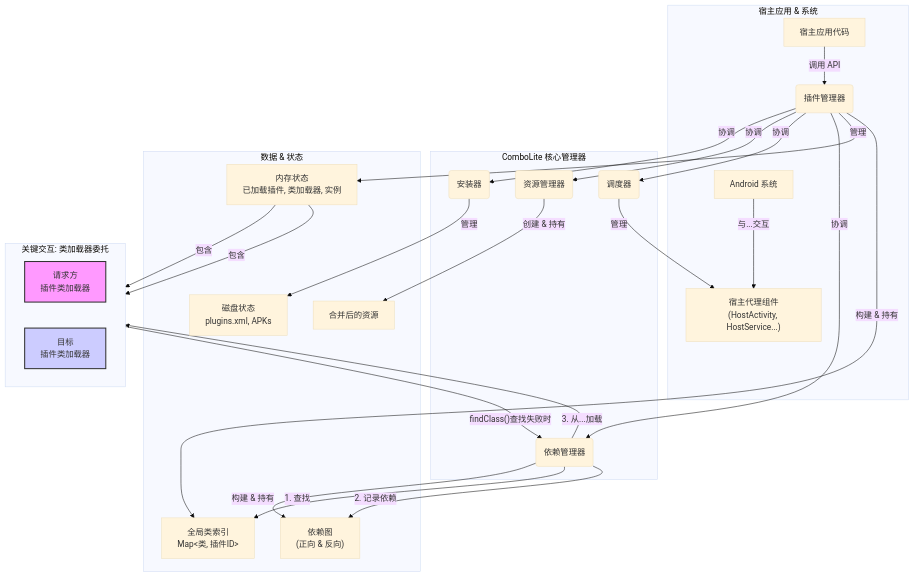
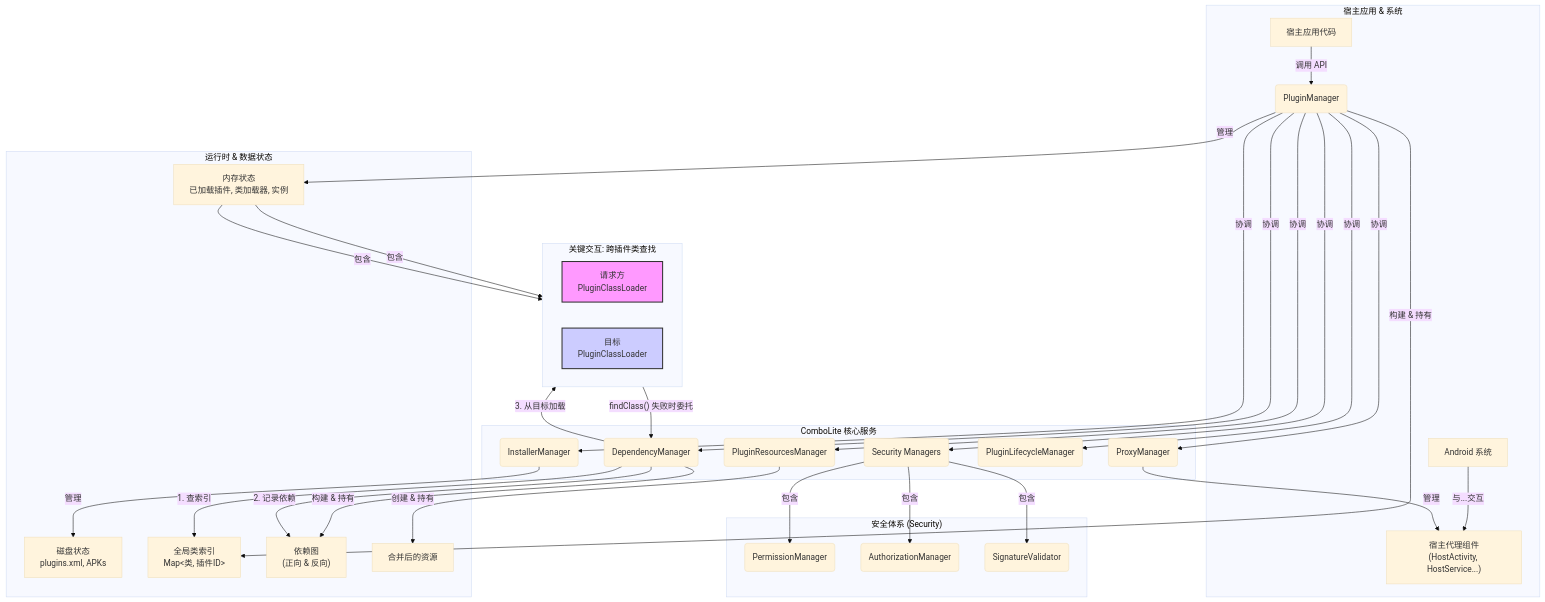
The second of 2 diagrams in README.md (VpJokor/ComboLite), drawn with Mermaid (base theme) before and after one commit. The commit also changed other lines of this file and 8 other files, not shown here.

`````diff
--- a/README.md
+++ b/README.md
@@ -120,45 +140,52 @@
 ```mermaid
 graph TD
     subgraph "宿主应用 & 系统"
-        HostApp[宿主应用代码] -- 调用 API --> PM(插件管理器)
+        HostApp[宿主应用代码] -- 调用 API --> PM(PluginManager)
         AndroidSystem[Android 系统] -- 与...交互 --> HostProxies["宿主代理组件<br>(HostActivity, HostService...)"]
     end
 
-    subgraph "ComboLite 核心管理器"
-        PM -- 协调 --> IM(安装器)
-        PM -- 协调 --> RM(资源管理器)
-        PM -- 协调 --> ProxyM(调度器)
-        PM -- 协调 --> DM(依赖管理器)
+    subgraph "ComboLite 核心服务"
+        PM -- 协调 --> Installer(InstallerManager)
+        PM -- 协调 --> ResManager(PluginResourcesManager)
+        PM -- 协调 --> ProxyM(ProxyManager)
+        PM -- 协调 --> DepManager(DependencyManager)
+        PM -- 协调 --> Lifecycle(PluginLifecycleManager)
+        PM -- 协调 --> Security(Security Managers)
     end
     
-    subgraph "数据 & 状态"
+    subgraph "运行时 & 数据状态"
         OnDiskState["磁盘状态<br>plugins.xml, APKs"]
         InMemoryState["内存状态<br>已加载插件, 类加载器, 实例"]
         ClassIndex["全局类索引<br>Map<类, 插件ID>"]
         DepGraph["依赖图<br>(正向 & 反向)"]
         MergedRes["合并后的资源"]
     end
+
+    subgraph "安全体系 (Security)"
+        Security -- 包含 --> PermManager(PermissionManager)
+        Security -- 包含 --> AuthManager(AuthorizationManager)
+        Security -- 包含 --> Validator(SignatureValidator)
+    end
     
-    %% --- 管理器职责 ---
-    IM -- "管理" --> OnDiskState
+    %% --- 职责关联 ---
+    Installer -- "管理" --> OnDiskState
     PM -- "管理" --> InMemoryState
     PM -- "构建 & 持有" --> ClassIndex
-    DM -- "构建 & 持有" --> DepGraph
-    RM -- "创建 & 持有" --> MergedRes
+    DepManager -- "构建 & 持有" --> DepGraph
+    ResManager -- "创建 & 持有" --> MergedRes
     ProxyM -- "管理" --> HostProxies
     
-    %% --- 关键交互 ---
-    subgraph "关键交互: 类加载器委托"
+    %% --- 关键交互: 类加载器委托 ---
+    subgraph "关键交互: 跨插件类查找"
         direction LR
         style RequesterPCL fill:#f9f,stroke:#333,stroke-width:2px
         style TargetPCL fill:#ccf,stroke:#333,stroke-width:2px
         
-        RequesterPCL["请求方<br>插件类加载器"] -- "findClass()查找失败时" --> DM
-        DM -- "1. 查找" --> ClassIndex
-        DM -- "2. 记录依赖" --> DepGraph
-        DM -- "3. 从...加载" --> TargetPCL["目标<br>插件类加载器"]
+        RequesterPCL["请求方<br>PluginClassLoader"] -- "findClass() 失败时委托" --> DepManager
+        DepManager -- "1. 查索引" --> ClassIndex
+        DepManager -- "2. 记录依赖" --> DepGraph
+        DepManager -- "3. 从目标加载" --> TargetPCL["目标<br>PluginClassLoader"]
     end
     
-    InMemoryState -- 包含 --> RequesterPCL
-    InMemoryState -- 包含 --> TargetPCL
-````
+    InMemoryState -- 包含 --> RequesterPCL & TargetPCL
+```
`````
